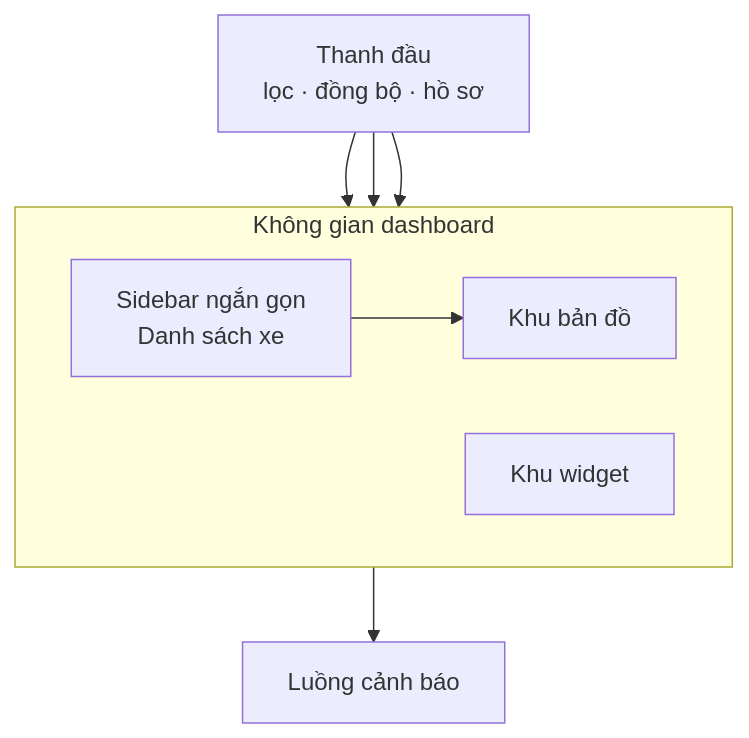
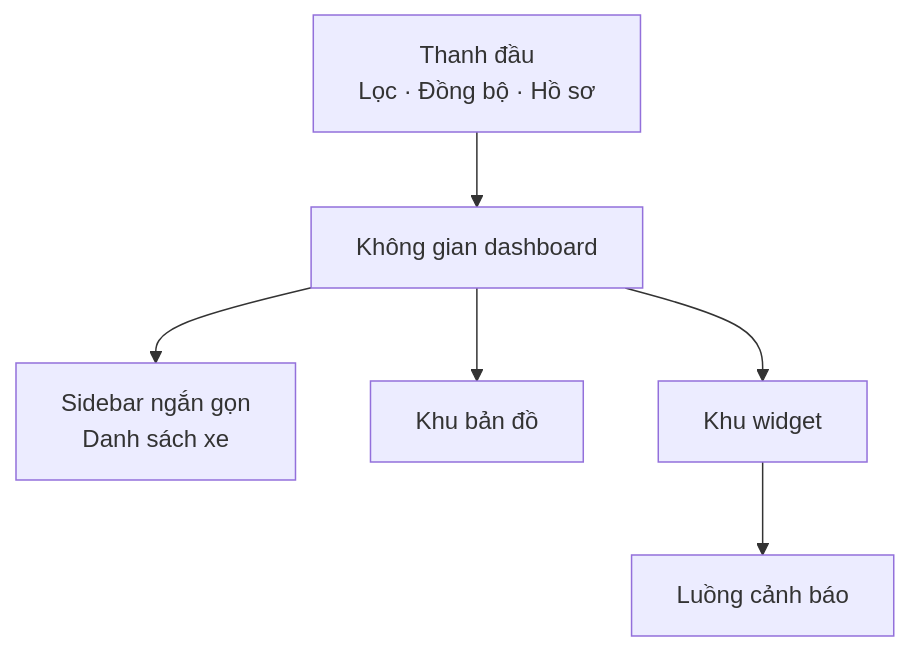
The diagram in resources/reports/thesis/final/assets/uml/06-chuong-3-giai-phap-frontend-hinh-3-17.mmd (anmh1205/IoT_Vehicle_Tracking_System), drawn with Mermaid before and after one commit. The commit also changed 135 other files, not shown here.

```diff
--- a/resources/reports/thesis/final/assets/uml/06-chuong-3-giai-phap-frontend-hinh-3-17.mmd
+++ b/resources/reports/thesis/final/assets/uml/06-chuong-3-giai-phap-frontend-hinh-3-17.mmd
@@ -1,19 +1,13 @@
 flowchart TB
-    Header["Thanh đầu
-lọc · đồng bộ · hồ sơ"]
-
-    subgraph Main["Không gian dashboard"]
-        direction LR
-        Sidebar["Sidebar ngắn gọn
-Danh sách xe"]
-        MapPanel["Khu bản đồ"]
-        WidgetPanel["Khu widget"]
-    end
-
+    Header["Thanh đầu<br/>Lọc · Đồng bộ · Hồ sơ"]
+    Main["Không gian dashboard"]
+    Sidebar["Sidebar ngắn gọn<br/>Danh sách xe"]
+    MapPanel["Khu bản đồ"]
+    WidgetPanel["Khu widget"]
     AlertFeed["Luồng cảnh báo"]
 
-    Header --> Sidebar
-    Header --> MapPanel
-    Header --> WidgetPanel
-    Sidebar --> MapPanel
+    Header --> Main
+    Main --> Sidebar
+    Main --> MapPanel
+    Main --> WidgetPanel
     WidgetPanel --> AlertFeed
```
